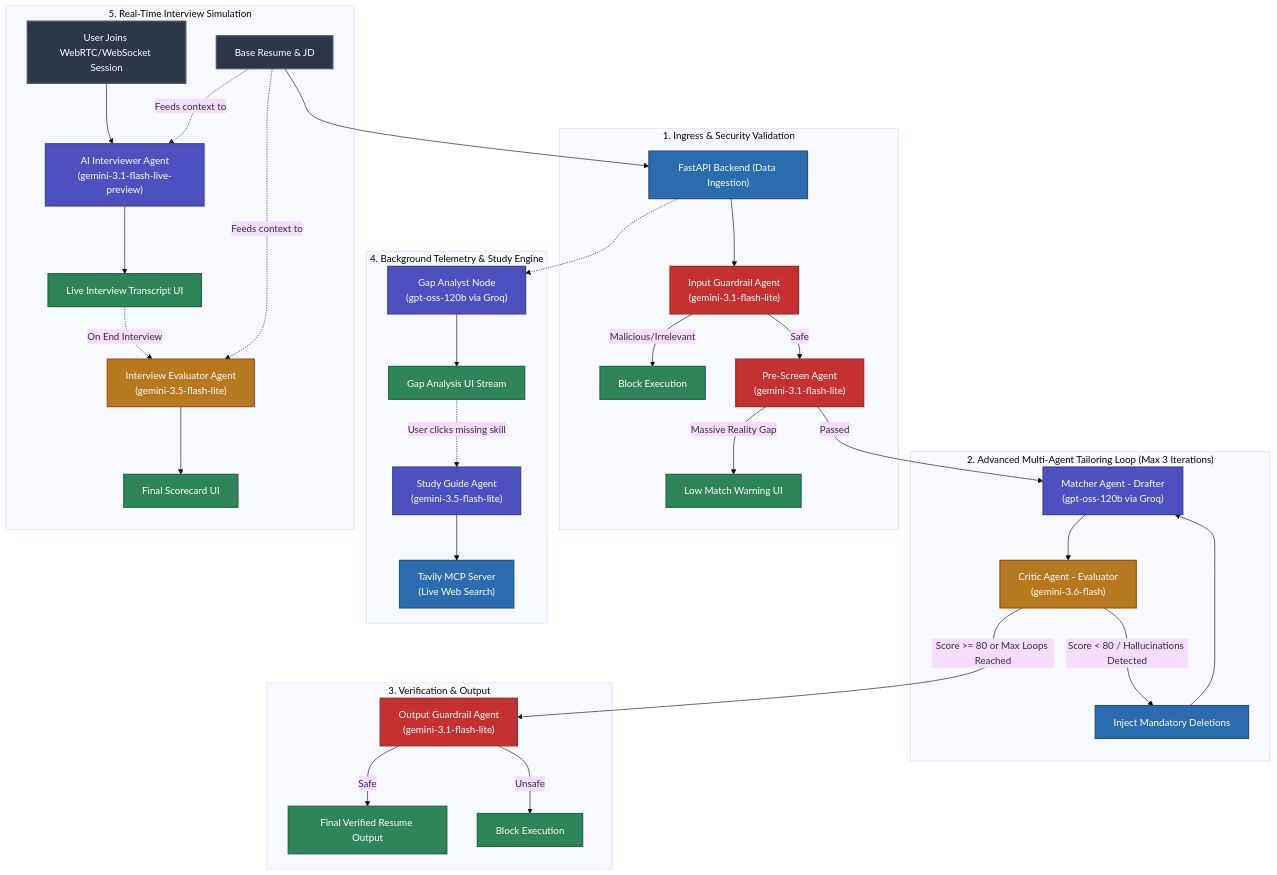
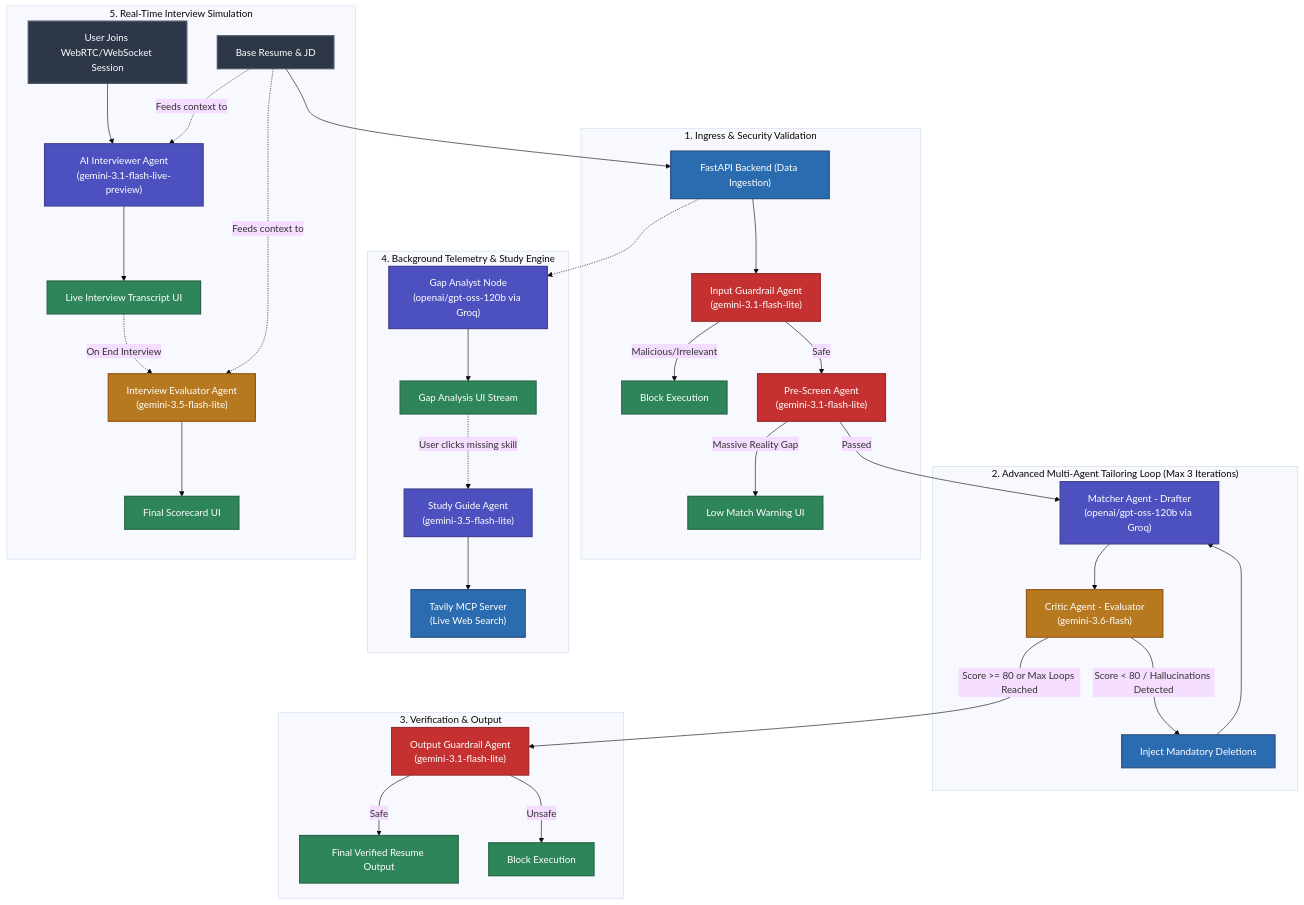
Before and after one commit to Sid1396-byte/agentic-resume-interviewer: the first of 2 diagrams in README.md, drawn with Mermaid (base theme). The commit also changed other lines of this file and 1 other file, not shown here.

Commit message:
Migrate from deprecated Llama 3.3 70B to OpenAI GPT OSS 120B per Groq deprecation notice

````diff
--- a/README.md
+++ b/README.md
@@ -17,47 +17,47 @@
 ```mermaid
 graph TD
     classDef user fill:#2d3748,stroke:#4a5568,stroke-width:2px,color:#fff
     classDef api fill:#2b6cb0,stroke:#2c5282,stroke-width:2px,color:#fff
     classDef agent fill:#4c51bf,stroke:#434190,stroke-width:2px,color:#fff
     classDef guardrail fill:#c53030,stroke:#9b2c2c,stroke-width:2px,color:#fff
     classDef eval fill:#b7791f,stroke:#975a16,stroke-width:2px,color:#fff
     classDef output fill:#2f855a,stroke:#276749,stroke-width:2px,color:#fff
 
     User["User Uploads Base Resume & JD"]:::user --> FastAPI["FastAPI Backend (Data Ingestion)"]:::api
     
     subgraph "1. Ingress & Security Validation"
         FastAPI --> InputGuardrail["Input Guardrail Agent<br/>(gemini-3.1-flash-lite)"]:::guardrail
         InputGuardrail -- "Malicious/Irrelevant" --> Block1["Block Execution"]:::output
         InputGuardrail -- "Safe" --> PreScreen["Pre-Screen Agent<br/>(gemini-3.1-flash-lite)"]:::guardrail
         PreScreen -- "Massive Reality Gap" --> Alert["Low Match Warning UI"]:::output
     end
 
     subgraph "2. Advanced Multi-Agent Tailoring Loop (Max 3 Iterations)"
-        PreScreen -- "Passed" --> Matcher["Matcher Agent - Drafter<br/>(gpt-oss-120b via Groq)"]:::agent
+        PreScreen -- "Passed" --> Matcher["Matcher Agent - Drafter<br/>(openai/gpt-oss-120b via Groq)"]:::agent
         Matcher --> Critic["Critic Agent - Evaluator<br/>(gemini-3.6-flash)"]:::eval
         Critic -- "Score < 80 / Hallucinations Detected" --> MandatoryDeletions["Inject Mandatory Deletions"]:::api
         MandatoryDeletions --> Matcher
     end
 
     subgraph "3. Verification & Output"
         Critic -- "Score >= 80 or Max Loops Reached" --> OutputGuardrail["Output Guardrail Agent<br/>(gemini-3.1-flash-lite)"]:::guardrail
         OutputGuardrail -- "Safe" --> FinalDraft["Final Verified Resume Output"]:::output
         OutputGuardrail -- "Unsafe" --> Block2["Block Execution"]:::output
     end
 
     subgraph "4. Background Telemetry & Study Engine"
-        FastAPI -.-> GapAnalyst["Gap Analyst Node<br/>(gpt-oss-120b via Groq)"]:::agent
+        FastAPI -.-> GapAnalyst["Gap Analyst Node<br/>(openai/gpt-oss-120b via Groq)"]:::agent
         GapAnalyst --> GapUI["Gap Analysis UI Stream"]:::output
         GapUI -. "User clicks missing skill" .-> StudyAgent["Study Guide Agent<br/>(gemini-3.5-flash-lite)"]:::agent
         StudyAgent --> TavilyMCP["Tavily MCP Server<br/>(Live Web Search)"]:::api
     end
 
     subgraph "5. Real-Time Interview Simulation"
         UserInterview["User Joins WebRTC/WebSocket Session"]:::user --> Interviewer["AI Interviewer Agent<br/>(gemini-3.1-flash-live-preview)"]:::agent
         User["Base Resume & JD"] -. "Feeds context to" .-> Interviewer
         Interviewer --> LiveTranscript["Live Interview Transcript UI"]:::output
         LiveTranscript -. "On End Interview" .-> InterviewEvaluator["Interview Evaluator Agent<br/>(gemini-3.5-flash-lite)"]:::eval
         User -. "Feeds context to" .-> InterviewEvaluator
         InterviewEvaluator --> ScorecardUI["Final Scorecard UI"]:::output
     end
 ```
````
